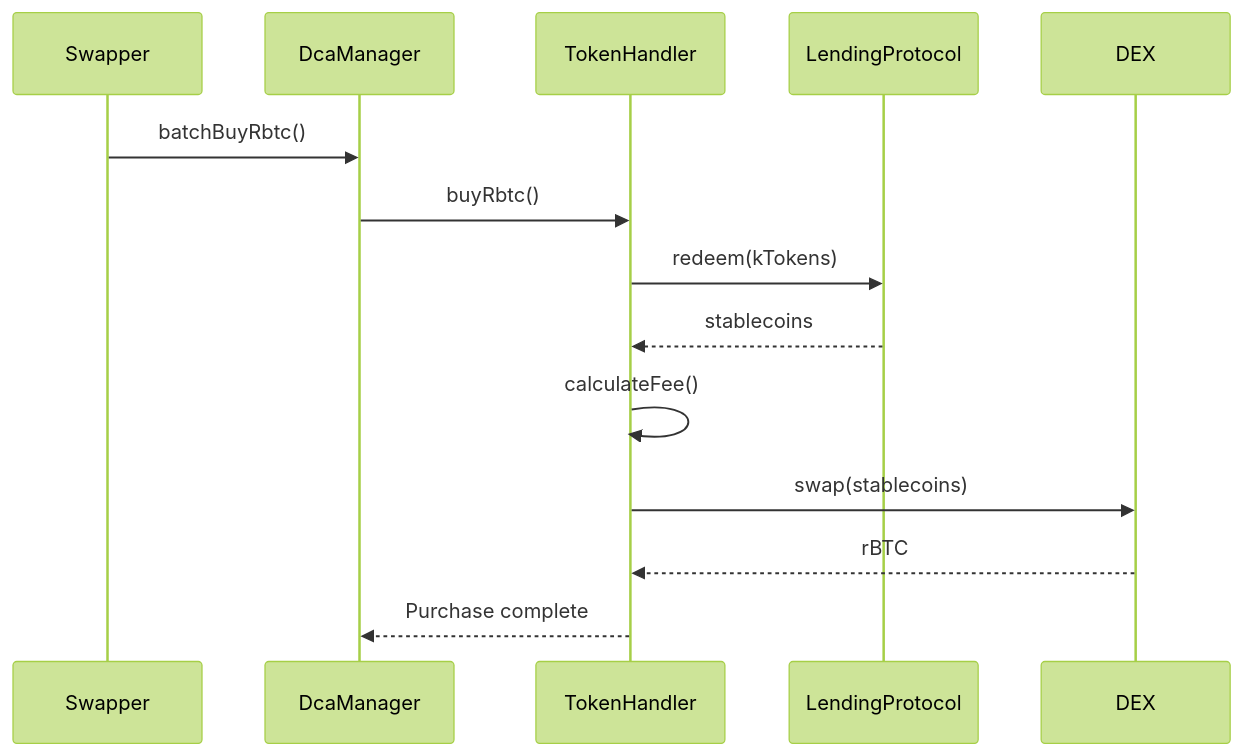
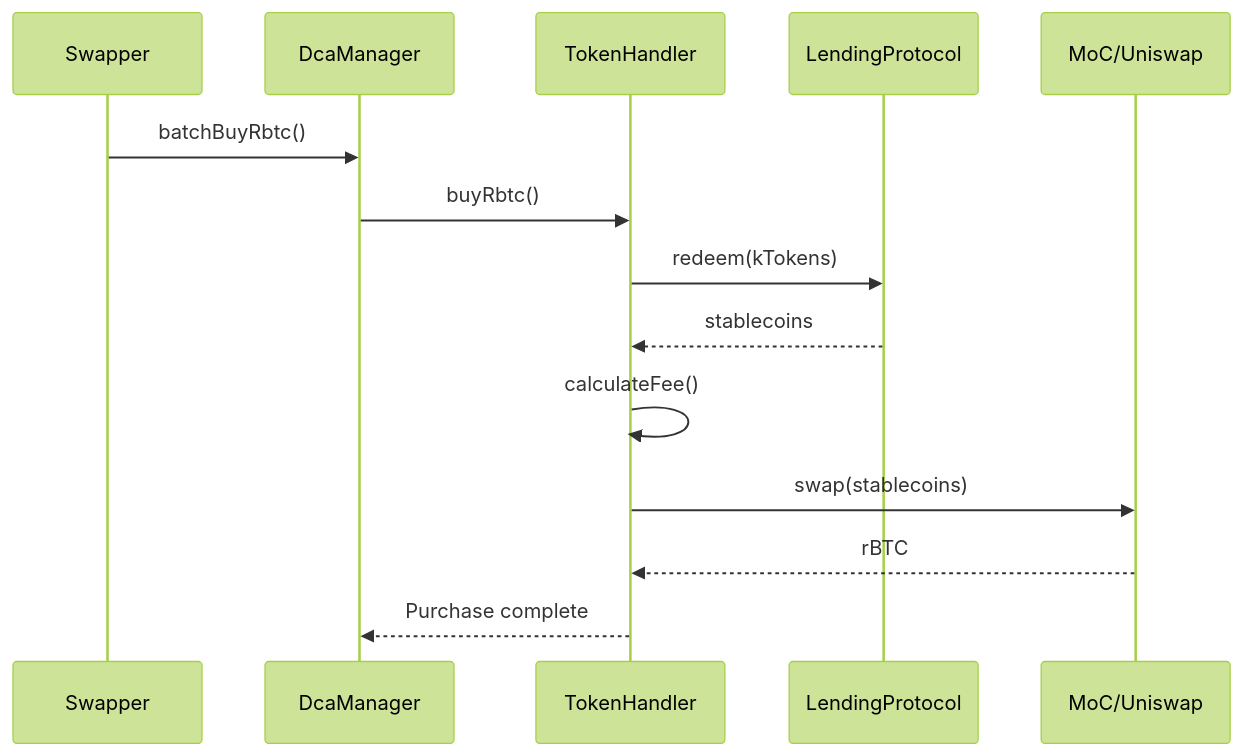
One commit to BitChillRSK/docs changed the fourth of 5 diagrams in docs/contracts/architecture.md. Above: the diagram before and after it, drawn with Mermaid (forest theme). The commit also changed 8 other files, not shown here.

````diff
--- a/docs/contracts/architecture.md
+++ b/docs/contracts/architecture.md
@@ -140,17 +140,17 @@
 ```mermaid
 sequenceDiagram
     participant Swapper
     participant DcaManager
     participant TokenHandler
     participant LendingProtocol
-    participant DEX
+    participant MoC/Uniswap
     
     Swapper->>DcaManager: batchBuyRbtc()
     DcaManager->>TokenHandler: buyRbtc()
     TokenHandler->>LendingProtocol: redeem(kTokens)
     LendingProtocol-->>TokenHandler: stablecoins
     TokenHandler->>TokenHandler: calculateFee()
-    TokenHandler->>DEX: swap(stablecoins)
-    DEX-->>TokenHandler: rBTC
+    TokenHandler->>MoC/Uniswap: swap(stablecoins)
+    MoC/Uniswap-->>TokenHandler: rBTC
     TokenHandler-->>DcaManager: Purchase complete
 ```
````
